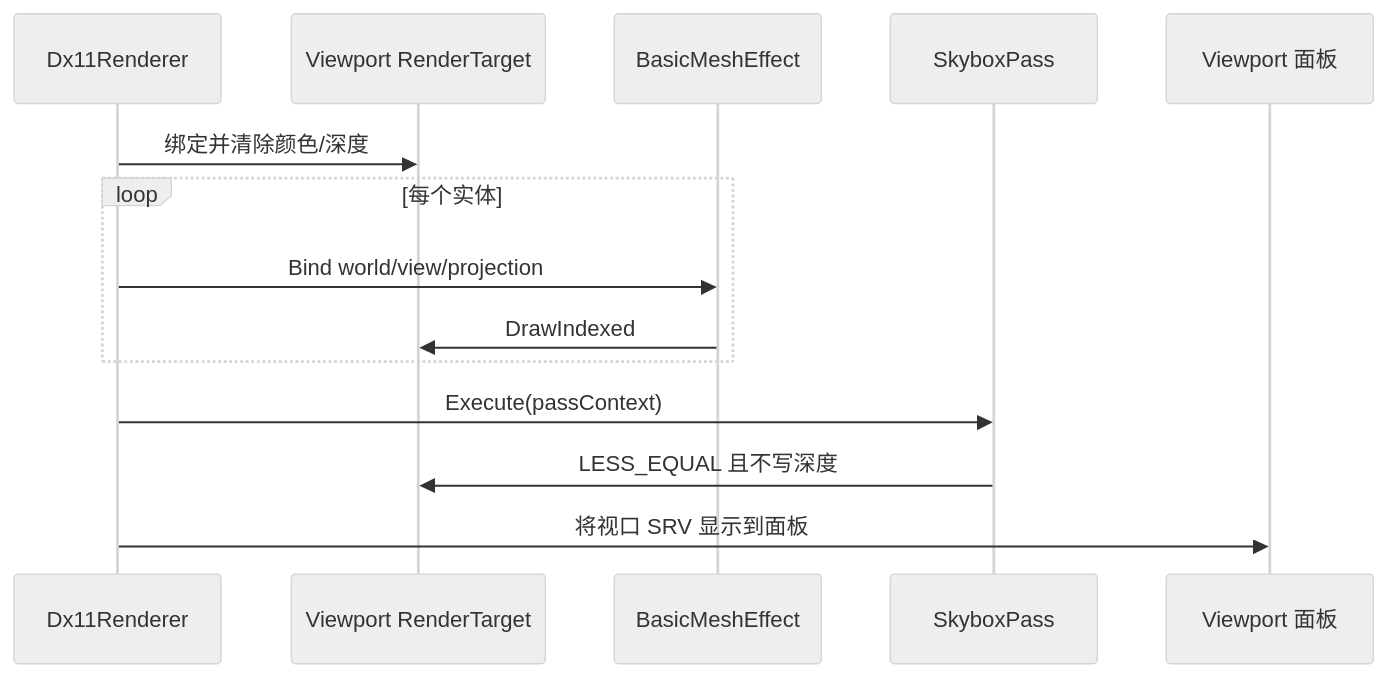
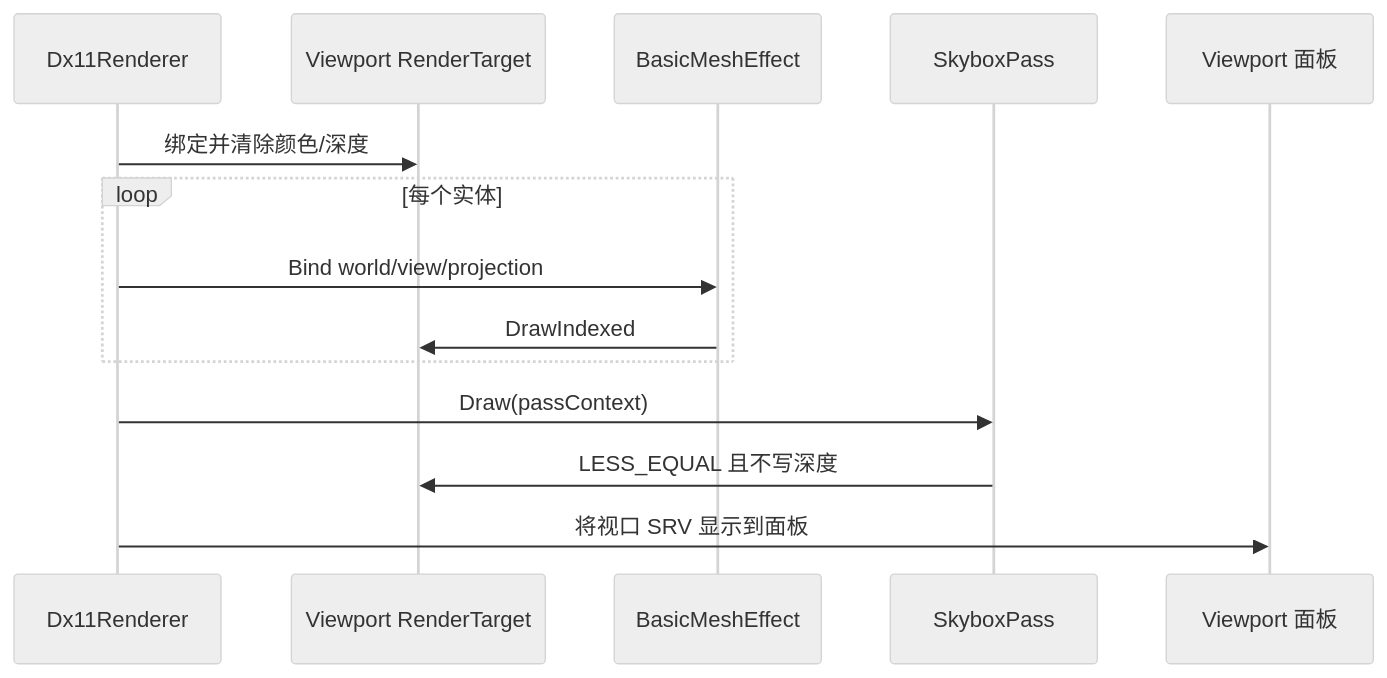
One commit to ELPSYKONGR/LRenderDemo changed the second of 3 diagrams in docs/examples/skybox-pass.md. Above: the diagram before and after it, drawn with Mermaid (neutral theme). The commit also changed other lines of this file and 50 other files, not shown here.

````diff
--- a/docs/examples/skybox-pass.md
+++ b/docs/examples/skybox-pass.md
@@ -499,17 +499,17 @@
 ```mermaid
 sequenceDiagram
     participant Renderer as Dx11Renderer
     participant Target as Viewport RenderTarget
     participant Opaque as BasicMeshEffect
     participant Skybox as SkyboxPass
     participant ImGui as Viewport 面板
 
     Renderer->>Target: 绑定并清除颜色/深度
     loop 每个实体
         Renderer->>Opaque: Bind world/view/projection
         Opaque->>Target: DrawIndexed
     end
-    Renderer->>Skybox: Execute(passContext)
+    Renderer->>Skybox: Draw(passContext)
     Skybox->>Target: LESS_EQUAL 且不写深度
     Renderer->>ImGui: 将视口 SRV 显示到面板
 ```
````
